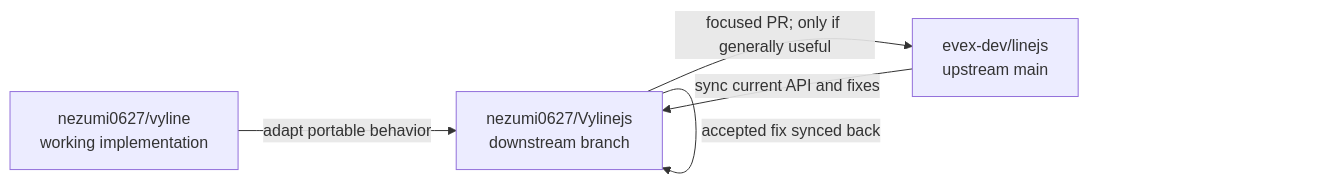
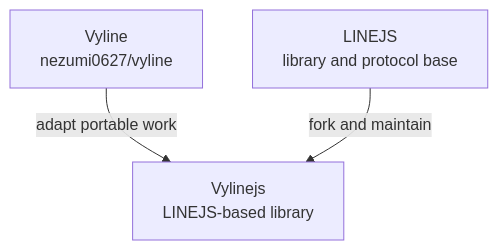
Before and after one commit to nezumi0627/Vylinejs: the first of 3 diagrams in docs/VYLINE_PORTING.md, drawn with Mermaid. The commit also changed other lines of this file and 181 other files, not shown here.

````diff
--- a/docs/VYLINE_PORTING.md
+++ b/docs/VYLINE_PORTING.md
@@ -5,7 +5,5 @@
 ```mermaid
-flowchart LR
-    Vyline[nezumi0627/vyline<br/>working implementation] -->|adapt portable behavior| Fork[nezumi0627/Vylinejs<br/>downstream branch]
-    Upstream[evex-dev/linejs<br/>upstream main] -->|sync current API and fixes| Fork
-    Fork -->|focused PR; only if generally useful| Upstream
-    Fork -->|accepted fix synced back| Fork
+flowchart TB
+    V["Vyline<br/>nezumi0627/vyline"] -->|adapt portable work| VJ["Vylinejs<br/>LINEJS-based library"]
+    L["LINEJS<br/>library and protocol base"] -->|fork and maintain| VJ
 ```
````
